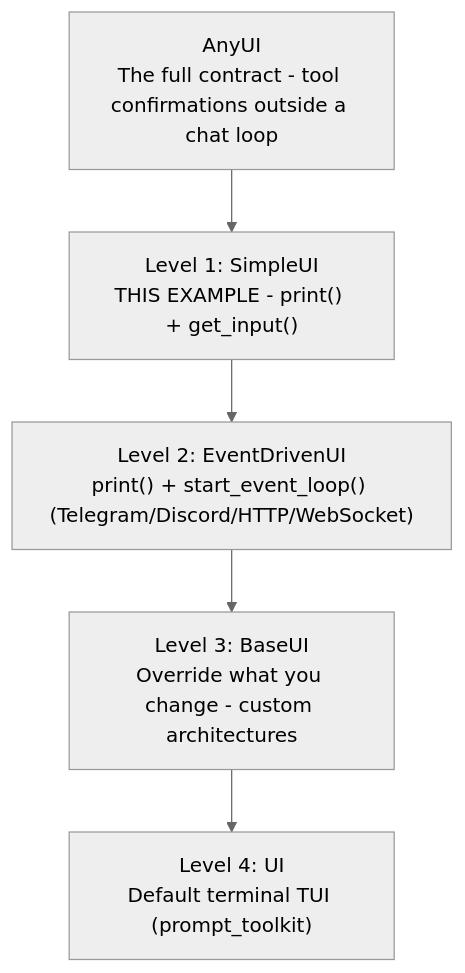
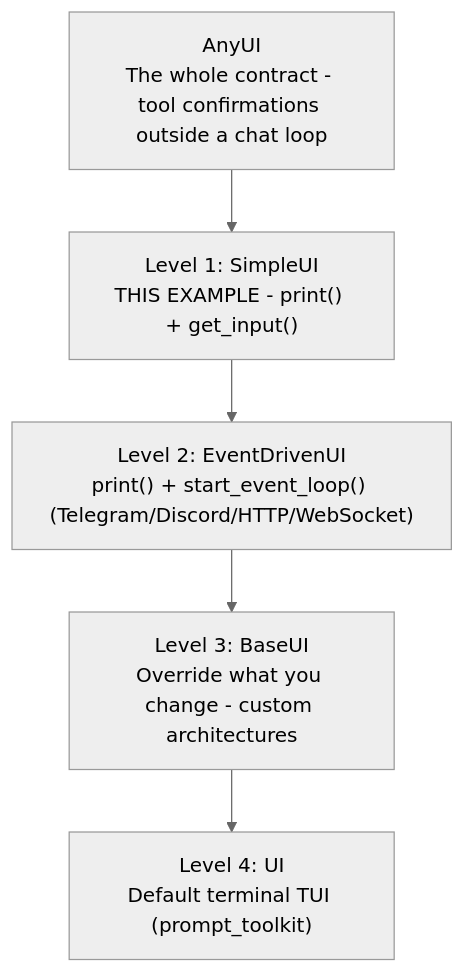
Before and after one commit to state-alchemists/zrb: the diagram in examples/chat-minimal-ui/README.md, drawn with Mermaid (neutral theme). The commit also changed other lines of this file and 1 other file, not shown here.

````diff
--- a/examples/chat-minimal-ui/README.md
+++ b/examples/chat-minimal-ui/README.md
@@ -11,10 +11,10 @@
 ```mermaid
 flowchart TB
-    AnyUI["AnyUI<br/>The full contract - tool confirmations outside a chat loop"]
+    AnyUI["AnyUI<br/>The whole contract - tool confirmations outside a chat loop"]
     Level1["Level 1: SimpleUI<br/>THIS EXAMPLE - print() + get_input()"]
     Level2["Level 2: EventDrivenUI<br/>print() + start_event_loop() (Telegram/Discord/HTTP/WebSocket)"]
     Level3["Level 3: BaseUI<br/>Override what you change - custom architectures"]
     Level4["Level 4: UI<br/>Default terminal TUI (prompt_toolkit)"]
 
     AnyUI --> Level1 --> Level2 --> Level3 --> Level4
 ```
````
